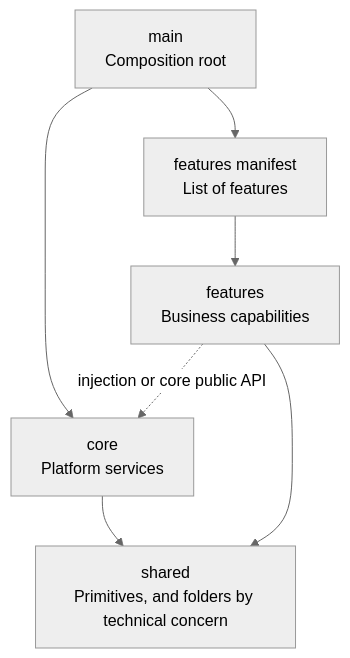
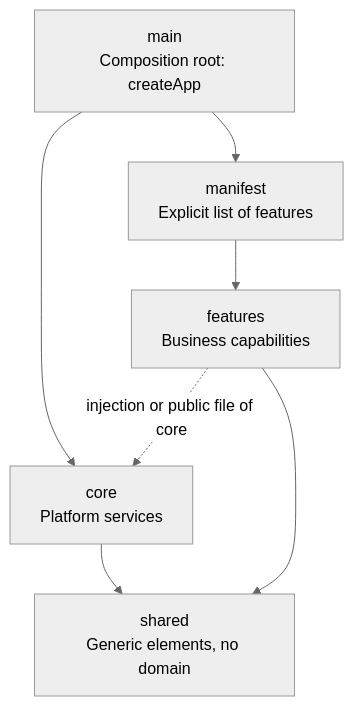
Before and after one commit to AIDDbot/AIDDbot: the second of 3 diagrams in docs/architect-system-foundation.md, drawn with Mermaid (neutral theme). The commit also changed other lines of this file and 4 other files, not shown here.

First line of the commit message:
refactor(skills): tighten /architect-system-foundation

````diff
--- a/docs/architect-system-foundation.md
+++ b/docs/architect-system-foundation.md
@@ -44,15 +49,15 @@
 ```mermaid
 flowchart TB
-    MAIN[main<br/>Composition root]
+    MAIN[main<br/>Composition root: createApp]
     CORE[core<br/>Platform services]
-    MANIFEST[features manifest<br/>List of features]
+    MANIFEST[manifest<br/>Explicit list of features]
     FEATURES[features<br/>Business capabilities]
-    SHARED[shared<br/>Primitives, and folders by technical concern]
+    SHARED[shared<br/>Generic elements, no domain]
 
     MAIN --> CORE
     MAIN --> MANIFEST
     MANIFEST --> FEATURES
-    FEATURES -. injection or core public API .-> CORE
+    FEATURES -. injection or public file of core .-> CORE
     CORE --> SHARED
     FEATURES --> SHARED
 ```
````
